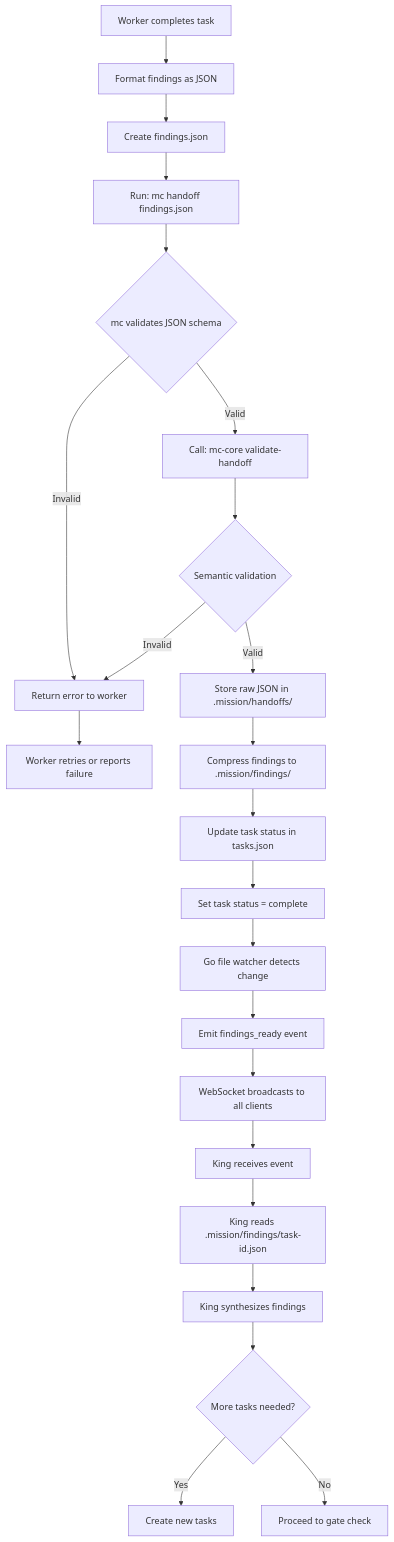
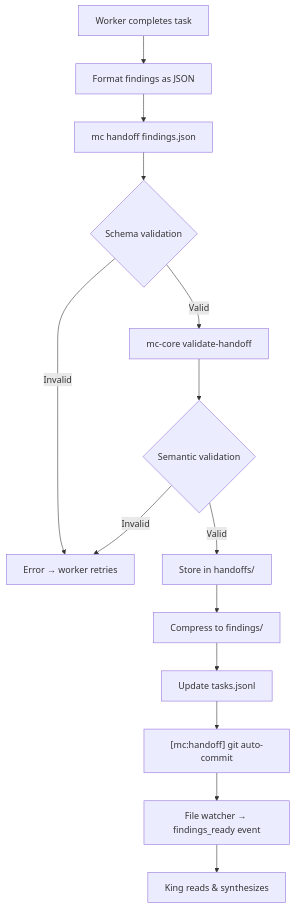
Before and after one commit to MikeSquared-Agency/MissionControl: the third of 5 diagrams in DATAFLOWS.md, drawn with Mermaid. The commit also changed other lines of this file and 7 other files, not shown here.

````diff
--- a/DATAFLOWS.md
+++ b/DATAFLOWS.md
@@ -114,32 +90,16 @@
 ```mermaid
 flowchart TD
     A[Worker completes task] --> B[Format findings as JSON]
-    
-    B --> C[Create findings.json]
-    C --> D["Run: mc handoff findings.json"]
-    
-    D --> E{mc validates JSON schema}
-    E -->|Invalid| F[Return error to worker]
-    F --> G[Worker retries or reports failure]
-    
-    E -->|Valid| H["Call: mc-core validate-handoff"]
-    
-    H --> I{Semantic validation}
-    I -->|Invalid| F
-    
-    I -->|Valid| J[Store raw JSON in .mission/handoffs/]
-    J --> K[Compress findings to .mission/findings/]
-    K --> L[Update task status in tasks.json]
-    L --> M[Set task status = complete]
-    
-    M --> N[Go file watcher detects change]
-    N --> O[Emit findings_ready event]
-    O --> P[WebSocket broadcasts to all clients]
-    
-    P --> Q[King receives event]
-    Q --> R[King reads .mission/findings/task-id.json]
-    R --> S[King synthesizes findings]
-    S --> T{More tasks needed?}
-    T -->|Yes| U[Create new tasks]
-    T -->|No| V[Proceed to gate check]
+    B --> C["mc handoff findings.json"]
+    C --> D{Schema validation}
+    D -->|Invalid| E[Error → worker retries]
+    D -->|Valid| F["mc-core validate-handoff"]
+    F --> G{Semantic validation}
+    G -->|Invalid| E
+    G -->|Valid| H[Store in handoffs/]
+    H --> I[Compress to findings/]
+    I --> J[Update tasks.jsonl]
+    J --> K["[mc:handoff] git auto-commit"]
+    K --> L[File watcher → findings_ready event]
+    L --> M[King reads & synthesizes]
 ```
````
